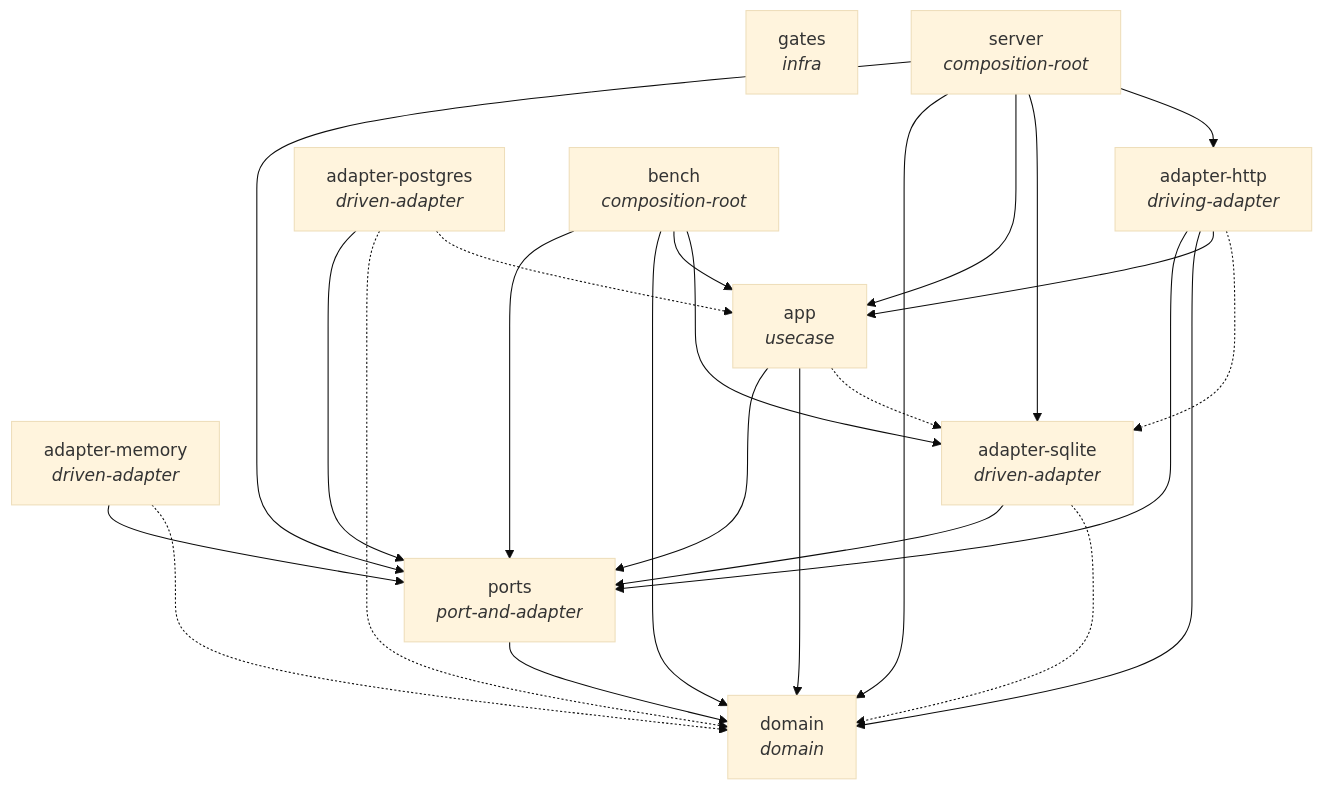
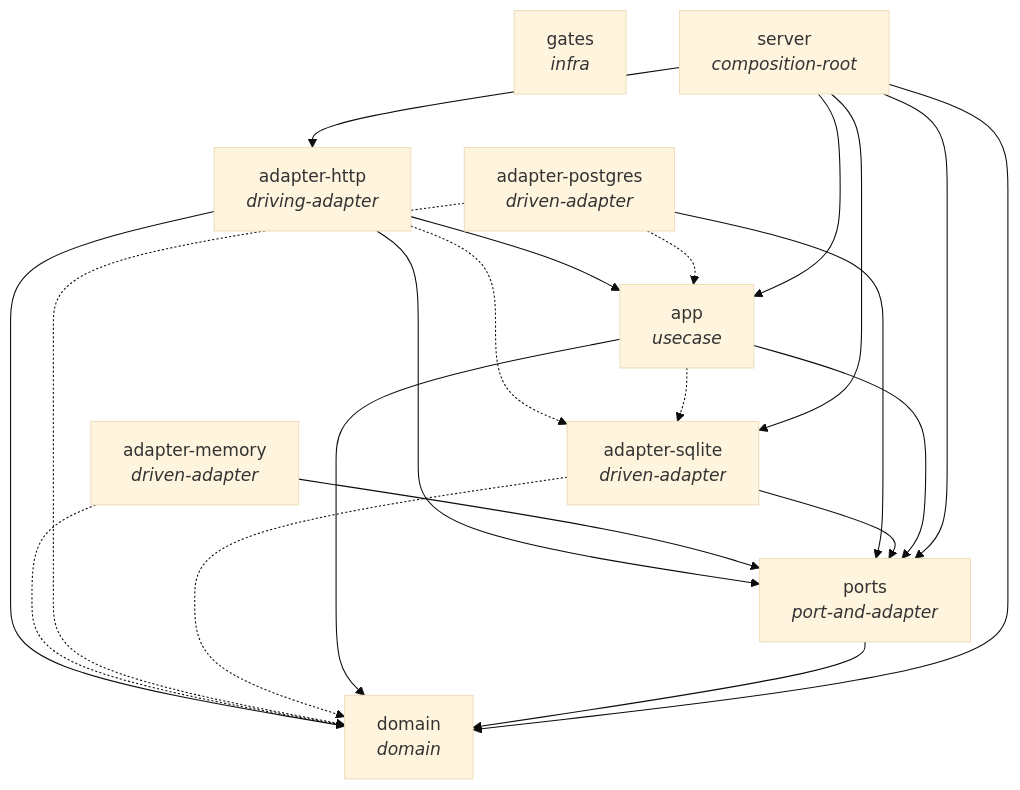
The diagram in docs/views/crates.md (igouss/rust-service-architecture), drawn with Mermaid (base theme) before and after one commit. The commit also changed 17 other files, not shown here.

````diff
--- a/docs/views/crates.md
+++ b/docs/views/crates.md
@@ -6,37 +6,32 @@
 ```mermaid
 graph TD
     adapter_http["adapter-http<br/><i>driving-adapter</i>"]
     adapter_memory["adapter-memory<br/><i>driven-adapter</i>"]
     adapter_postgres["adapter-postgres<br/><i>driven-adapter</i>"]
     adapter_sqlite["adapter-sqlite<br/><i>driven-adapter</i>"]
     app["app<br/><i>usecase</i>"]
-    bench["bench<br/><i>composition-root</i>"]
     domain["domain<br/><i>domain</i>"]
     gates["gates<br/><i>infra</i>"]
     ports["ports<br/><i>port-and-adapter</i>"]
     server["server<br/><i>composition-root</i>"]
     adapter_http -.-> adapter_sqlite
     adapter_http --> app
     adapter_http --> domain
     adapter_http --> ports
     adapter_memory -.-> domain
     adapter_memory --> ports
     adapter_postgres -.-> app
     adapter_postgres -.-> domain
     adapter_postgres --> ports
     adapter_sqlite -.-> domain
     adapter_sqlite --> ports
     app -.-> adapter_sqlite
     app --> domain
     app --> ports
-    bench --> adapter_sqlite
-    bench --> app
-    bench --> domain
-    bench --> ports
     ports --> domain
     server --> adapter_http
     server --> adapter_sqlite
     server --> app
     server --> domain
     server --> ports
 ```
````
